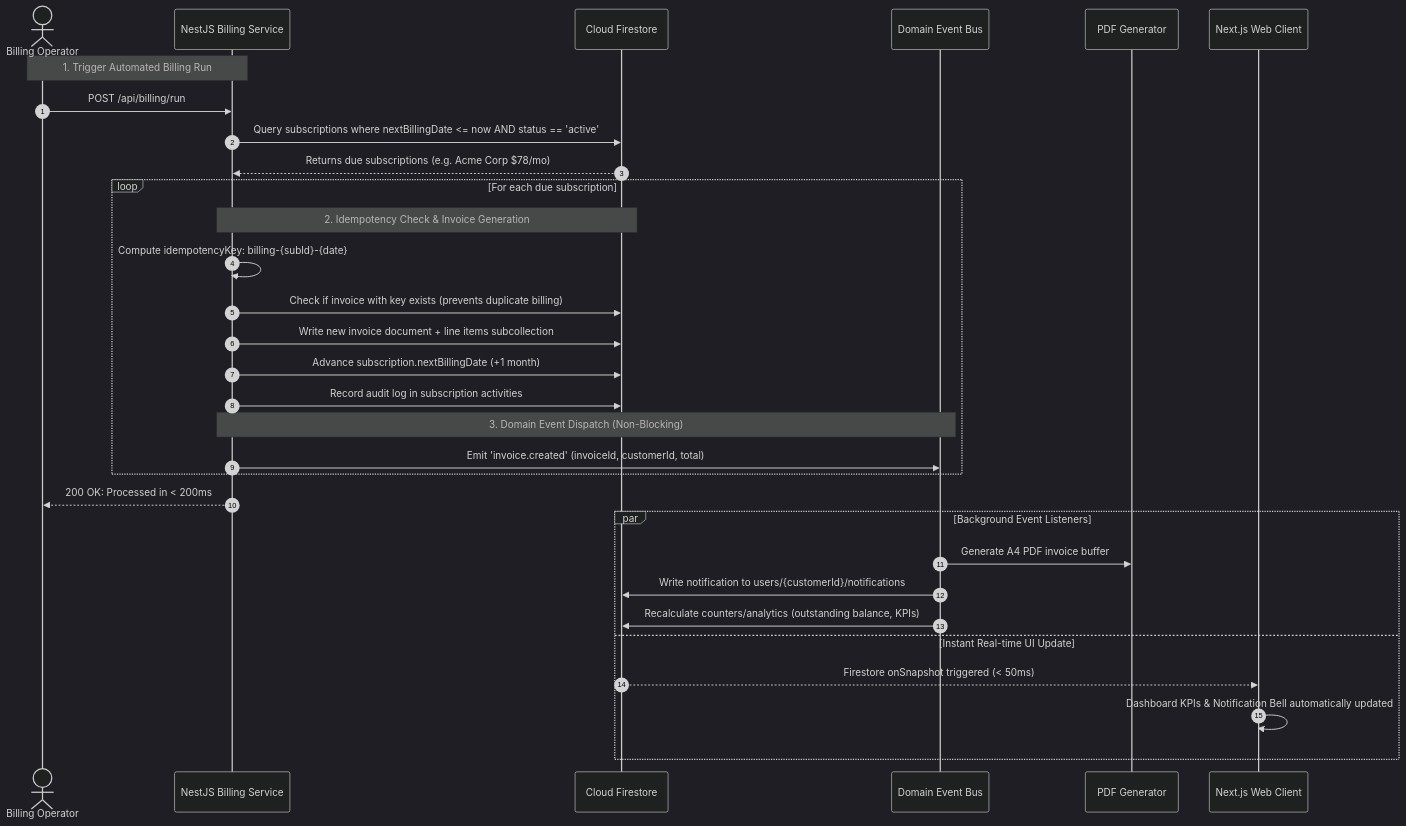
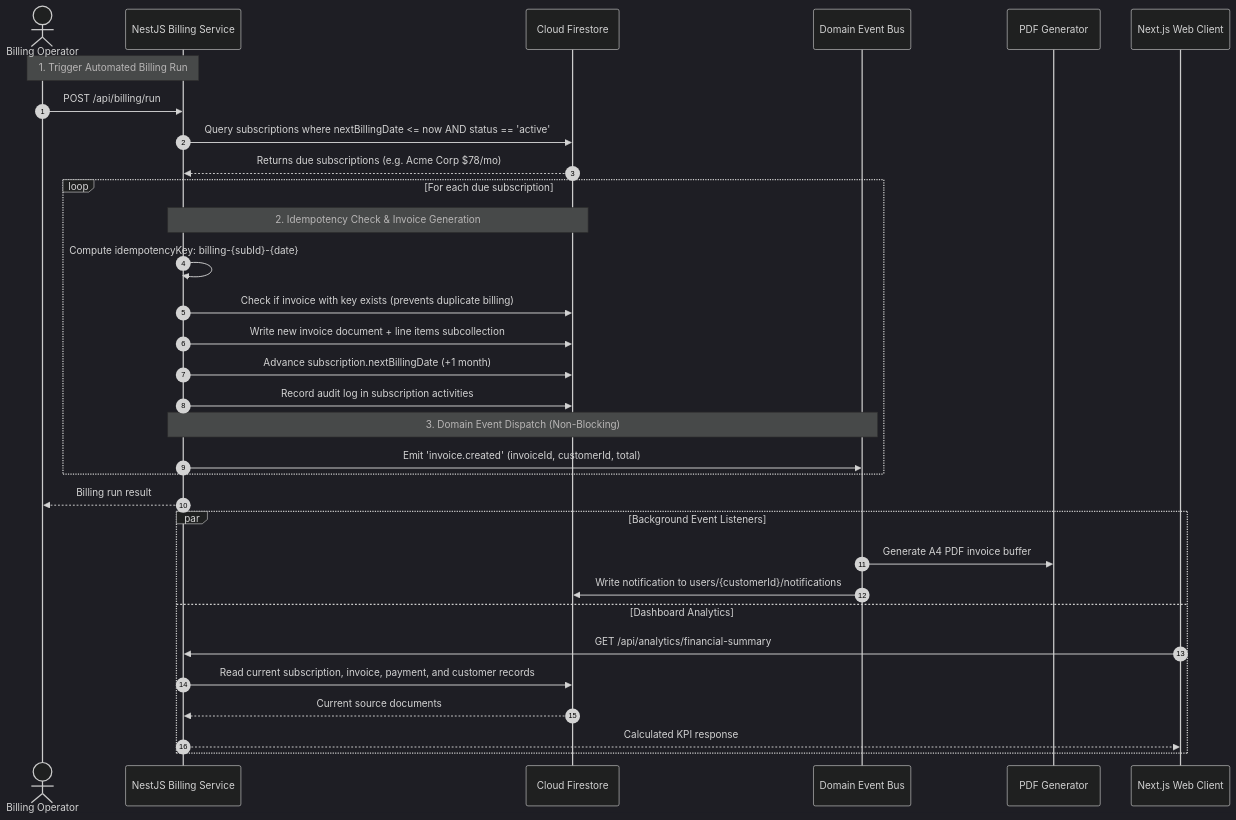
Before and after one commit to anandhukrishnaas1/SubFlow: the second of 3 diagrams in ARCHITECTURE.md, drawn with Mermaid (dark theme). The commit also changed other lines of this file and 47 other files, not shown here.

````diff
--- a/ARCHITECTURE.md
+++ b/ARCHITECTURE.md
@@ -85,37 +84,38 @@
 ```mermaid
 sequenceDiagram
     autonumber
     actor Admin as Billing Operator
     participant API as NestJS Billing Service
     participant DB as Cloud Firestore
     participant Bus as Domain Event Bus
     participant PDF as PDF Generator
     participant Client as Next.js Web Client
 
     Note over Admin,API: 1. Trigger Automated Billing Run
     Admin->>API: POST /api/billing/run
     API->>DB: Query subscriptions where nextBillingDate <= now AND status == 'active'
     DB-->>API: Returns due subscriptions (e.g. Acme Corp $78/mo)
 
     loop For each due subscription
         Note over API,DB: 2. Idempotency Check & Invoice Generation
         API->>API: Compute idempotencyKey: billing-{subId}-{date}
         API->>DB: Check if invoice with key exists (prevents duplicate billing)
         API->>DB: Write new invoice document + line items subcollection
         API->>DB: Advance subscription.nextBillingDate (+1 month)
         API->>DB: Record audit log in subscription activities
 
         Note over API,Bus: 3. Domain Event Dispatch (Non-Blocking)
         API->>Bus: Emit 'invoice.created' (invoiceId, customerId, total)
     end
-    API-->>Admin: 200 OK: Processed in < 200ms
+    API-->>Admin: Billing run result
 
     par Background Event Listeners
         Bus->>PDF: Generate A4 PDF invoice buffer
         Bus->>DB: Write notification to users/{customerId}/notifications
-        Bus->>DB: Recalculate counters/analytics (outstanding balance, KPIs)
-    and Instant Real-time UI Update
-        DB-->>Client: Firestore onSnapshot triggered (< 50ms)
-        Client->>Client: Dashboard KPIs & Notification Bell automatically updated
+    and Dashboard Analytics
+        Client->>API: GET /api/analytics/financial-summary
+        API->>DB: Read current subscription, invoice, payment, and customer records
+        DB-->>API: Current source documents
+        API-->>Client: Calculated KPI response
     end
 ```
````
